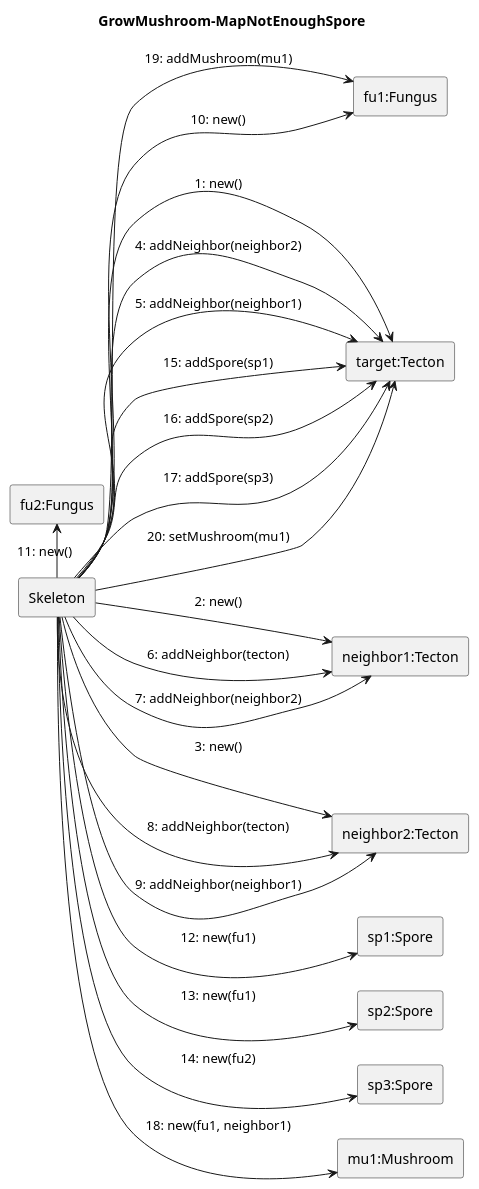
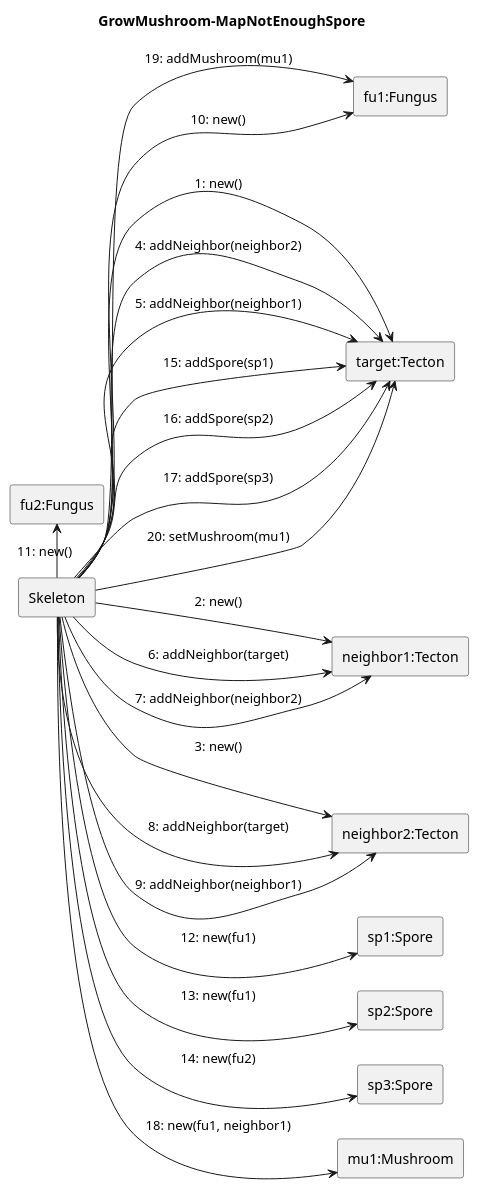
One commit to ZD4ve/projlab-error521 changed the diagram in Skeleton/Grow-mushroom/map-not-enough-spore.pu. Above: the diagram before and after it, drawn with PlantUML. The commit also changed 5 other files, not shown here.

```diff
--- a/Skeleton/Grow-mushroom/map-not-enough-spore.pu
+++ b/Skeleton/Grow-mushroom/map-not-enough-spore.pu
@@ -1,42 +1,42 @@
 @startuml Grow-mushroom/map-not-enough-spore
 left to right direction
 
 title GrowMushroom-MapNotEnoughSpore
 
 rectangle Skeleton as S 
 
 rectangle "fu1:Fungus" as fu1
 rectangle "fu2:Fungus" as fu2
 rectangle "target:Tecton" as tecton
 rectangle "neighbor1:Tecton" as neighbor1
 rectangle "neighbor2:Tecton" as neighbor2
 rectangle "sp1:Spore" as sp1
 rectangle "sp2:Spore" as sp2
 rectangle "sp3:Spore" as sp3
 rectangle "mu1:Mushroom" as mu1
 
 S --> tecton: 1: new()
 S --> neighbor1: 2: new()
 S --> neighbor2: 3: new()
 S --> tecton: 4: addNeighbor(neighbor2)
 S --> tecton: 5: addNeighbor(neighbor1)
-S --> neighbor1: 6: addNeighbor(tecton)
+S --> neighbor1: 6: addNeighbor(target)
 S --> neighbor1: 7: addNeighbor(neighbor2)
-S --> neighbor2: 8: addNeighbor(tecton)
+S --> neighbor2: 8: addNeighbor(target)
 S --> neighbor2: 9: addNeighbor(neighbor1)
 
 S -left-> fu1: 10: new()
 S -left-> fu2: 11: new()
 
 S --> sp1: 12: new(fu1)
 S --> sp2: 13: new(fu1)
 S --> sp3: 14: new(fu2)
 S --> tecton: 15: addSpore(sp1)
 S --> tecton: 16: addSpore(sp2)
 S --> tecton: 17: addSpore(sp3)
 
 S --> mu1: 18: new(fu1, neighbor1)
 S --> fu1: 19: addMushroom(mu1)
 S --> tecton: 20: setMushroom(mu1)
 
 @enduml
```
